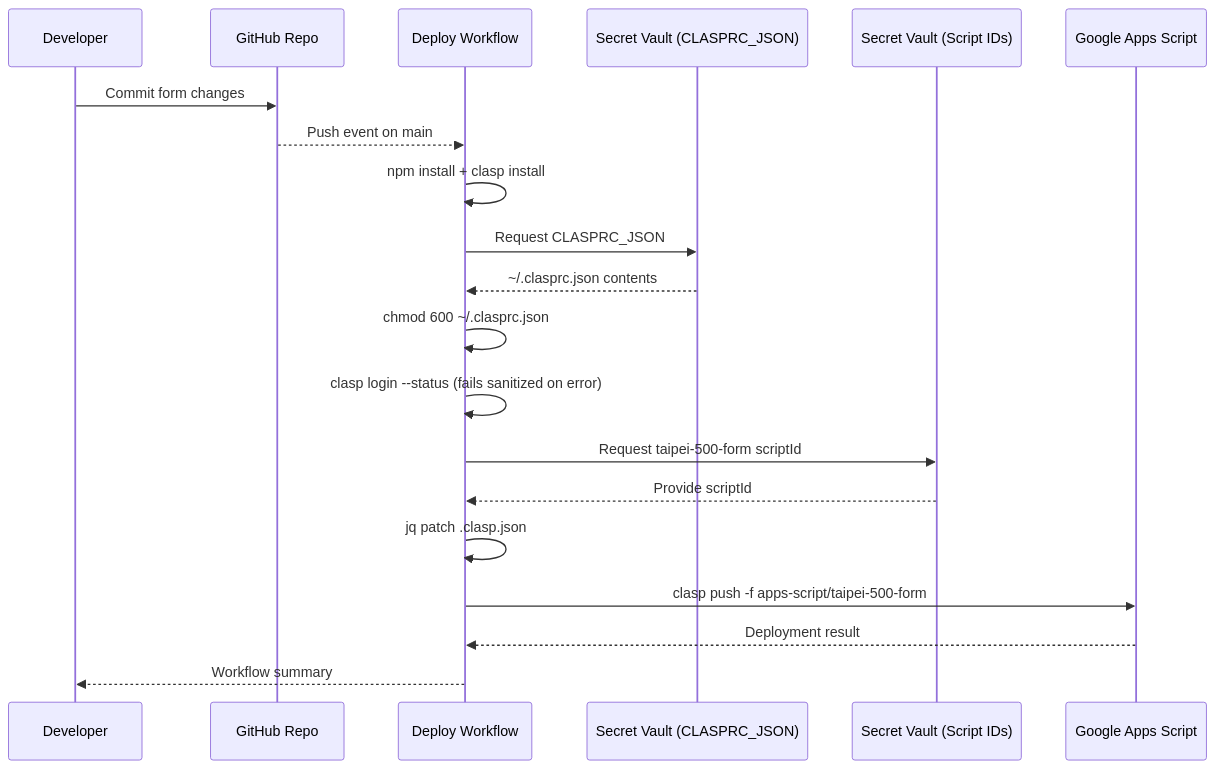
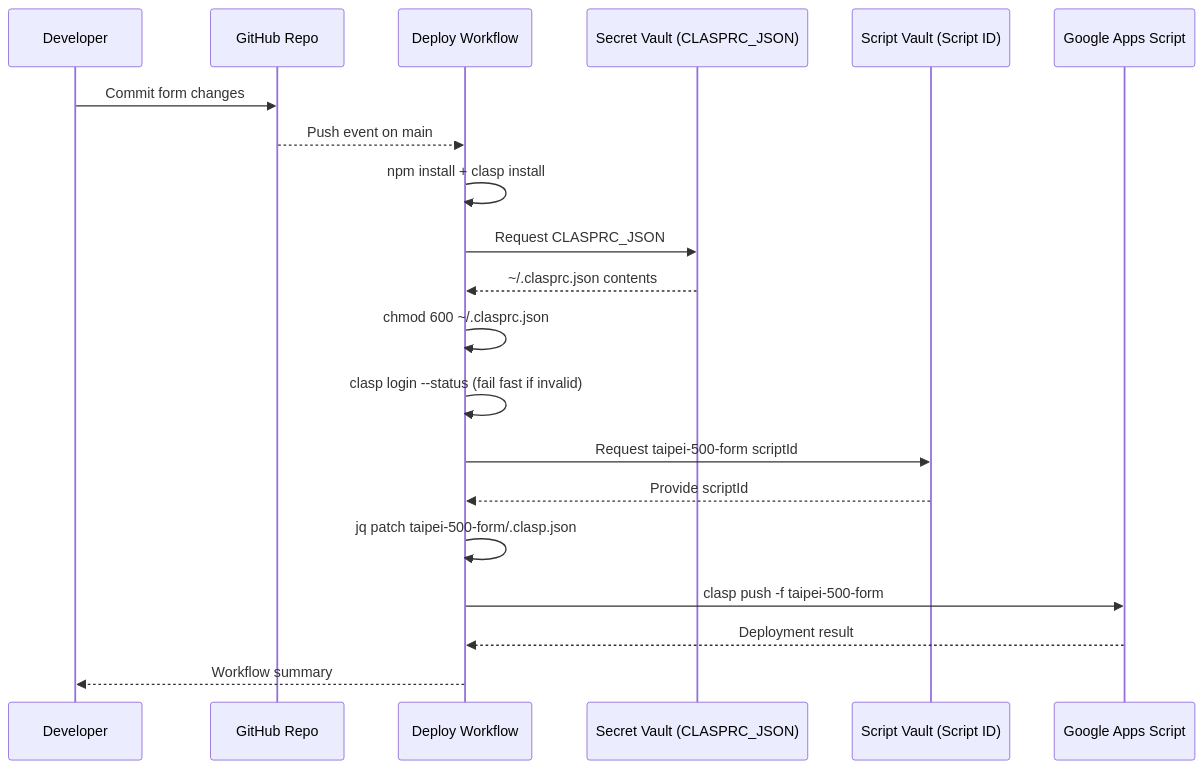
Before and after one commit to muyueh/clasp-from-fresh: the third of 5 diagrams in README.md, drawn with Mermaid. The commit also changed other lines of this file and 6 other files, not shown here.

Commit message:
refactor: isolate taipei 500 form project

````diff
--- a/README.md
+++ b/README.md
@@ -36,22 +36,22 @@
 ```mermaid
 sequenceDiagram
     participant Dev as Developer
     participant Repo as GitHub Repo
     participant CI as Deploy Workflow
     participant Secret as Secret Vault (CLASPRC_JSON)
-    participant ScriptSecret as Secret Vault (Script IDs)
+    participant ScriptSecret as Script Vault (Script ID)
     participant GAS as Google Apps Script
     Dev->>Repo: Commit form changes
     Repo-->>CI: Push event on main
     CI->>CI: npm install + clasp install
     CI->>Secret: Request CLASPRC_JSON
     Secret-->>CI: ~/.clasprc.json contents
     CI->>CI: chmod 600 ~/.clasprc.json
-    CI->>CI: clasp login --status (fails sanitized on error)
+    CI->>CI: clasp login --status (fail fast if invalid)
     CI->>ScriptSecret: Request taipei-500-form scriptId
     ScriptSecret-->>CI: Provide scriptId
-    CI->>CI: jq patch .clasp.json
-    CI->>GAS: clasp push -f apps-script/taipei-500-form
+    CI->>CI: jq patch taipei-500-form/.clasp.json
+    CI->>GAS: clasp push -f taipei-500-form
     GAS-->>CI: Deployment result
     CI-->>Dev: Workflow summary
 ```
````
